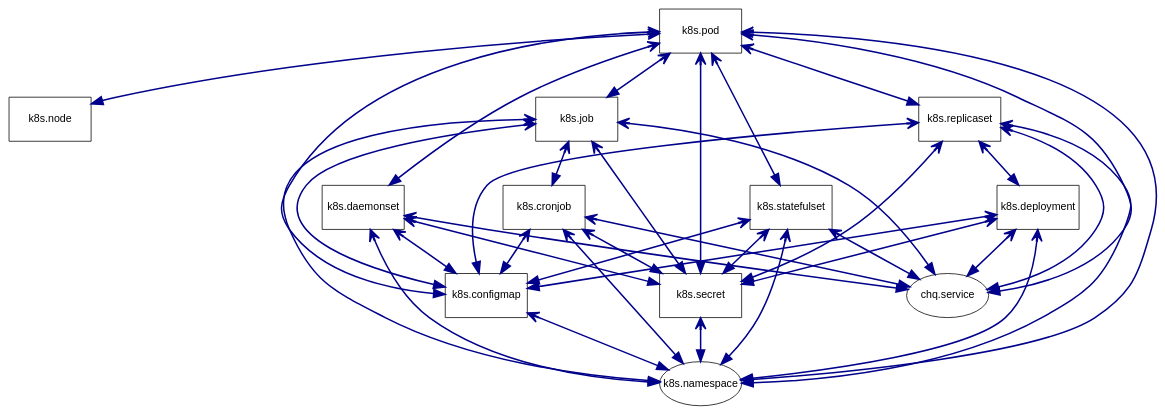
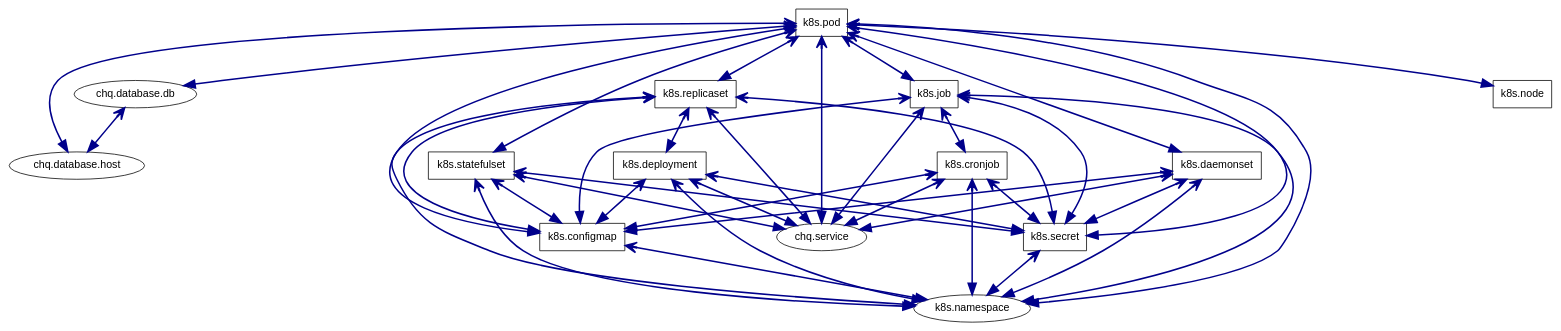
One commit to cardinalhq/oteltools changed the diagram in doc/graphdb/linkages.dot. Above: the diagram before and after it, drawn with Graphviz. The commit also changed 2 other files, not shown here.

```diff
--- a/doc/graphdb/linkages.dot
+++ b/doc/graphdb/linkages.dot
@@ -1,59 +1,63 @@
 digraph G {
   overlap=false;
   fontname="sans-serif";
   nodesep=0.6;
   ranksep=0.8;
-  node [fontname="sans-serif", width=1.5, height=0.8, fixedsize=true];
+  node [fontname="sans-serif"];
   edge [fontname="sans-serif", penwidth=2, arrowsize=1.5];
 
+  "chq.database.db" [shape=ellipse];
+  "chq.service" [shape=ellipse];
+  "k8s.replicaset" [shape=rectangle];
+  "k8s.deployment" [shape=rectangle];
+  "k8s.job" [shape=rectangle];
+  "k8s.secret" [shape=rectangle];
   "k8s.node" [shape=rectangle];
   "k8s.pod" [shape=rectangle];
-  "k8s.deployment" [shape=rectangle];
+  "k8s.statefulset" [shape=rectangle];
   "k8s.daemonset" [shape=rectangle];
-  "k8s.job" [shape=rectangle];
   "k8s.cronjob" [shape=rectangle];
   "k8s.configmap" [shape=rectangle];
   "k8s.namespace" [shape=ellipse];
-  "chq.service" [shape=ellipse];
-  "k8s.replicaset" [shape=rectangle];
-  "k8s.statefulset" [shape=rectangle];
-  "k8s.secret" [shape=rectangle];
 
-  "k8s.daemonset" -> "chq.service" [label="", dir=both, arrowhead=normal, arrowtail=vee, color=darkblue, fontsize=10];
+  "k8s.pod" -> "k8s.statefulset" [label="", dir=both, arrowhead=normal, arrowtail=vee, color=darkblue, fontsize=10];
+  "k8s.replicaset" -> "k8s.configmap" [label="", dir=both, arrowhead=normal, arrowtail=vee, color=darkblue, fontsize=10];
+  "k8s.job" -> "k8s.namespace" [label="", dir=both, arrowhead=normal, arrowtail=vee, color=darkblue, fontsize=10];
+  "k8s.pod" -> "k8s.replicaset" [label="", dir=both, arrowhead=normal, arrowtail=vee, color=darkblue, fontsize=10];
+  "k8s.pod" -> "chq.service" [label="", dir=both, arrowhead=normal, arrowtail=vee, color=darkblue, fontsize=10];
+  "k8s.statefulset" -> "chq.service" [label="", dir=both, arrowhead=normal, arrowtail=vee, color=darkblue, fontsize=10];
+  "k8s.job" -> "k8s.cronjob" [label="", dir=both, arrowhead=normal, arrowtail=vee, color=darkblue, fontsize=10];
+  "k8s.pod" -> "k8s.namespace" [label="", dir=both, arrowhead=normal, arrowtail=vee, color=darkblue, fontsize=10];
+  "k8s.replicaset" -> "k8s.deployment" [label="", dir=both, arrowhead=normal, arrowtail=vee, color=darkblue, fontsize=10];
+  "k8s.deployment" -> "k8s.secret" [label="", dir=both, arrowhead=normal, arrowtail=vee, color=darkblue, fontsize=10];
+  "k8s.deployment" -> "chq.service" [label="", dir=both, arrowhead=normal, arrowtail=vee, color=darkblue, fontsize=10];
+  "k8s.statefulset" -> "k8s.namespace" [label="", dir=both, arrowhead=normal, arrowtail=vee, color=darkblue, fontsize=10];
   "k8s.daemonset" -> "k8s.namespace" [label="", dir=both, arrowhead=normal, arrowtail=vee, color=darkblue, fontsize=10];
-  "k8s.pod" -> "k8s.daemonset" [label="", dir=both, arrowhead=normal, arrowtail=vee, color=darkblue, fontsize=10];
+  "k8s.cronjob" -> "k8s.secret" [label="", dir=both, arrowhead=normal, arrowtail=vee, color=darkblue, fontsize=10];
+  "k8s.job" -> "k8s.secret" [label="", dir=both, arrowhead=normal, arrowtail=vee, color=darkblue, fontsize=10];
+  "k8s.cronjob" -> "chq.service" [label="", dir=both, arrowhead=normal, arrowtail=vee, color=darkblue, fontsize=10];
+  "chq.database.db" -> "chq.database.host" [label="", dir=both, arrowhead=normal, arrowtail=vee, color=darkblue, fontsize=10];
+  "k8s.pod" -> "k8s.node" [label="", dir=both, arrowhead=normal, arrowtail=vee, color=darkblue, fontsize=10];
+  "k8s.pod" -> "chq.database.host" [label="", dir=both, arrowhead=normal, arrowtail=vee, color=darkblue, fontsize=10];
   "k8s.deployment" -> "k8s.configmap" [label="", dir=both, arrowhead=normal, arrowtail=vee, color=darkblue, fontsize=10];
-  "k8s.deployment" -> "chq.service" [label="", dir=both, arrowhead=normal, arrowtail=vee, color=darkblue, fontsize=10];
-  "k8s.daemonset" -> "k8s.secret" [label="", dir=both, arrowhead=normal, arrowtail=vee, color=darkblue, fontsize=10];
-  "k8s.pod" -> "k8s.node" [label="", dir=both, arrowhead=normal, arrowtail=vee, color=darkblue, fontsize=10];
-  "k8s.replicaset" -> "k8s.deployment" [label="", dir=both, arrowhead=normal, arrowtail=vee, color=darkblue, fontsize=10];
-  "k8s.statefulset" -> "chq.service" [label="", dir=both, arrowhead=normal, arrowtail=vee, color=darkblue, fontsize=10];
-  "k8s.pod" -> "k8s.replicaset" [label="", dir=both, arrowhead=normal, arrowtail=vee, color=darkblue, fontsize=10];
-  "k8s.replicaset" -> "k8s.configmap" [label="", dir=both, arrowhead=normal, arrowtail=vee, color=darkblue, fontsize=10];
-  "k8s.deployment" -> "k8s.namespace" [label="", dir=both, arrowhead=normal, arrowtail=vee, color=darkblue, fontsize=10];
-  "k8s.job" -> "k8s.namespace" [label="", dir=both, arrowhead=normal, arrowtail=vee, color=darkblue, fontsize=10];
-  "k8s.cronjob" -> "k8s.configmap" [label="", dir=both, arrowhead=normal, arrowtail=vee, color=darkblue, fontsize=10];
-  "k8s.cronjob" -> "chq.service" [label="", dir=both, arrowhead=normal, arrowtail=vee, color=darkblue, fontsize=10];
+  "k8s.statefulset" -> "k8s.secret" [label="", dir=both, arrowhead=normal, arrowtail=vee, color=darkblue, fontsize=10];
   "k8s.replicaset" -> "chq.service" [label="", dir=both, arrowhead=normal, arrowtail=vee, color=darkblue, fontsize=10];
   "k8s.replicaset" -> "k8s.namespace" [label="", dir=both, arrowhead=normal, arrowtail=vee, color=darkblue, fontsize=10];
-  "k8s.statefulset" -> "k8s.namespace" [label="", dir=both, arrowhead=normal, arrowtail=vee, color=darkblue, fontsize=10];
+  "k8s.daemonset" -> "k8s.secret" [label="", dir=both, arrowhead=normal, arrowtail=vee, color=darkblue, fontsize=10];
+  "k8s.pod" -> "k8s.job" [label="", dir=both, arrowhead=normal, arrowtail=vee, color=darkblue, fontsize=10];
+  "k8s.pod" -> "k8s.secret" [label="", dir=both, arrowhead=normal, arrowtail=vee, color=darkblue, fontsize=10];
+  "k8s.pod" -> "chq.database.db" [label="", dir=both, arrowhead=normal, arrowtail=vee, color=darkblue, fontsize=10];
+  "k8s.replicaset" -> "k8s.secret" [label="", dir=both, arrowhead=normal, arrowtail=vee, color=darkblue, fontsize=10];
+  "k8s.deployment" -> "k8s.namespace" [label="", dir=both, arrowhead=normal, arrowtail=vee, color=darkblue, fontsize=10];
+  "k8s.statefulset" -> "k8s.configmap" [label="", dir=both, arrowhead=normal, arrowtail=vee, color=darkblue, fontsize=10];
   "k8s.daemonset" -> "k8s.configmap" [label="", dir=both, arrowhead=normal, arrowtail=vee, color=darkblue, fontsize=10];
-  "k8s.pod" -> "chq.service" [label="", dir=both, arrowhead=normal, arrowtail=vee, color=darkblue, fontsize=10];
-  "k8s.pod" -> "k8s.namespace" [label="", dir=both, arrowhead=normal, arrowtail=vee, color=darkblue, fontsize=10];
-  "k8s.replicaset" -> "k8s.secret" [label="", dir=both, arrowhead=normal, arrowtail=vee, color=darkblue, fontsize=10];
-  "k8s.statefulset" -> "k8s.configmap" [label="", dir=both, arrowhead=normal, arrowtail=vee, color=darkblue, fontsize=10];
+  "k8s.daemonset" -> "chq.service" [label="", dir=both, arrowhead=normal, arrowtail=vee, color=darkblue, fontsize=10];
+  "k8s.pod" -> "k8s.daemonset" [label="", dir=both, arrowhead=normal, arrowtail=vee, color=darkblue, fontsize=10];
+  "k8s.pod" -> "k8s.configmap" [label="", dir=both, arrowhead=normal, arrowtail=vee, color=darkblue, fontsize=10];
+  "k8s.job" -> "k8s.configmap" [label="", dir=both, arrowhead=normal, arrowtail=vee, color=darkblue, fontsize=10];
+  "k8s.job" -> "chq.service" [label="", dir=both, arrowhead=normal, arrowtail=vee, color=darkblue, fontsize=10];
+  "k8s.cronjob" -> "k8s.configmap" [label="", dir=both, arrowhead=normal, arrowtail=vee, color=darkblue, fontsize=10];
+  "k8s.cronjob" -> "k8s.namespace" [label="", dir=both, arrowhead=normal, arrowtail=vee, color=darkblue, fontsize=10];
   "k8s.configmap" -> "k8s.namespace" [label="", dir=both, arrowhead=normal, arrowtail=vee, color=darkblue, fontsize=10];
-  "k8s.pod" -> "k8s.statefulset" [label="", dir=both, arrowhead=normal, arrowtail=vee, color=darkblue, fontsize=10];
-  "k8s.deployment" -> "k8s.secret" [label="", dir=both, arrowhead=normal, arrowtail=vee, color=darkblue, fontsize=10];
-  "k8s.job" -> "k8s.configmap" [label="", dir=both, arrowhead=normal, arrowtail=vee, color=darkblue, fontsize=10];
   "k8s.secret" -> "k8s.namespace" [label="", dir=both, arrowhead=normal, arrowtail=vee, color=darkblue, fontsize=10];
-  "k8s.pod" -> "k8s.job" [label="", dir=both, arrowhead=normal, arrowtail=vee, color=darkblue, fontsize=10];
-  "k8s.statefulset" -> "k8s.secret" [label="", dir=both, arrowhead=normal, arrowtail=vee, color=darkblue, fontsize=10];
-  "k8s.job" -> "k8s.cronjob" [label="", dir=both, arrowhead=normal, arrowtail=vee, color=darkblue, fontsize=10];
-  "k8s.job" -> "k8s.secret" [label="", dir=both, arrowhead=normal, arrowtail=vee, color=darkblue, fontsize=10];
-  "k8s.cronjob" -> "k8s.namespace" [label="", dir=both, arrowhead=normal, arrowtail=vee, color=darkblue, fontsize=10];
-  "k8s.pod" -> "k8s.configmap" [label="", dir=both, arrowhead=normal, arrowtail=vee, color=darkblue, fontsize=10];
-  "k8s.pod" -> "k8s.secret" [label="", dir=both, arrowhead=normal, arrowtail=vee, color=darkblue, fontsize=10];
-  "k8s.job" -> "chq.service" [label="", dir=both, arrowhead=normal, arrowtail=vee, color=darkblue, fontsize=10];
-  "k8s.cronjob" -> "k8s.secret" [label="", dir=both, arrowhead=normal, arrowtail=vee, color=darkblue, fontsize=10];
 }
```
